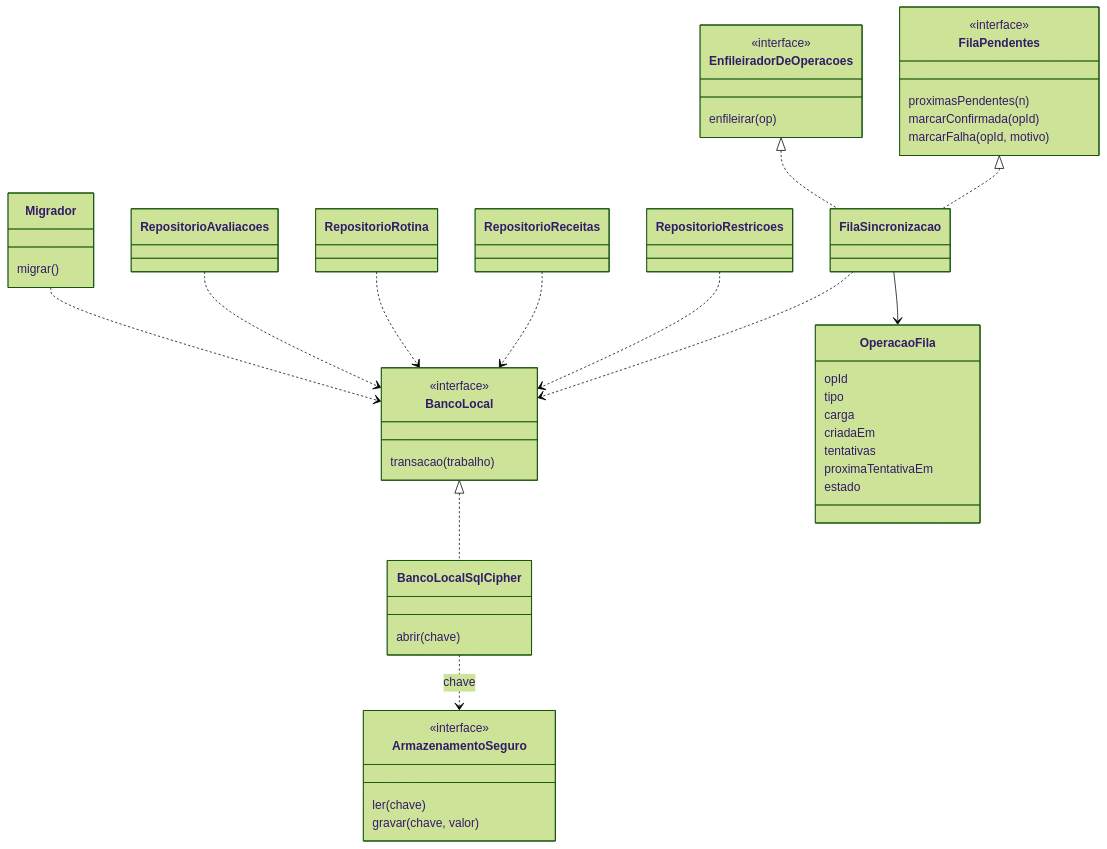
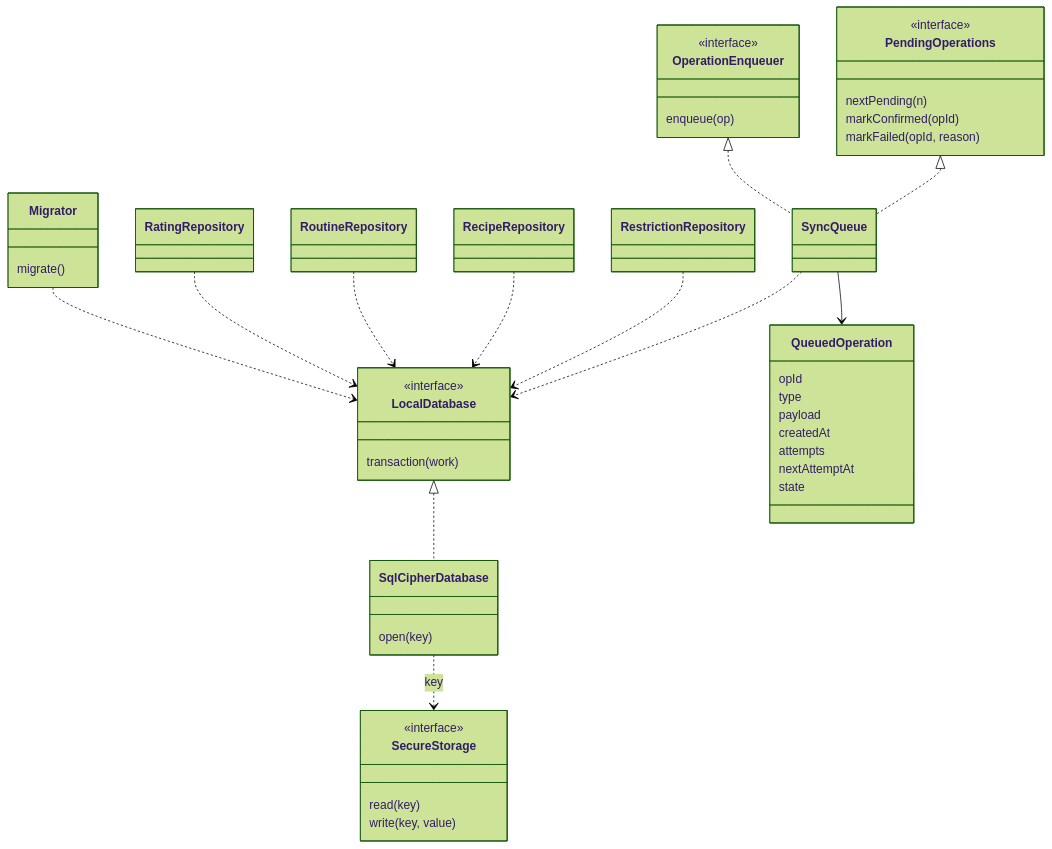
One commit to AnnyFilgueiras/projeto_tsi changed the eighth of 11 diagrams in docs/fase2/2.6-diagramas_fluxos_contratos/diagrama-classes.md. Above: the diagram before and after it, drawn with Mermaid (forest theme). The commit also changed other lines of this file and 4 other files, not shown here.

Commit message:
docs: update class diagram and sequences to v1.1 (English identifiers, Tx)

````diff
--- a/docs/fase2/2.6-diagramas_fluxos_contratos/diagrama-classes.md
+++ b/docs/fase2/2.6-diagramas_fluxos_contratos/diagrama-classes.md
@@ -462,53 +480,53 @@
 ```mermaid
 classDiagram
-  class BancoLocal {
+  class LocalDatabase {
     <<interface>>
-    transacao(trabalho)
+    transaction(work)
   }
-  class BancoLocalSqlCipher {
-    abrir(chave)
+  class SqlCipherDatabase {
+    open(key)
   }
-  class Migrador {
-    migrar()
+  class Migrator {
+    migrate()
   }
-  class ArmazenamentoSeguro {
+  class SecureStorage {
     <<interface>>
-    ler(chave)
-    gravar(chave, valor)
+    read(key)
+    write(key, value)
   }
-  class RepositorioAvaliacoes
-  class RepositorioRotina
-  class RepositorioReceitas
-  class RepositorioRestricoes
-  class EnfileiradorDeOperacoes {
+  class RatingRepository
+  class RoutineRepository
+  class RecipeRepository
+  class RestrictionRepository
+  class OperationEnqueuer {
     <<interface>>
-    enfileirar(op)
+    enqueue(op)
   }
-  class FilaPendentes {
+  class PendingOperations {
     <<interface>>
-    proximasPendentes(n)
-    marcarConfirmada(opId)
-    marcarFalha(opId, motivo)
+    nextPending(n)
+    markConfirmed(opId)
+    markFailed(opId, reason)
   }
-  class FilaSincronizacao
-  class OperacaoFila {
+  class SyncQueue
+  class QueuedOperation {
     opId
-    tipo
-    carga
-    criadaEm
-    tentativas
-    proximaTentativaEm
-    estado
+    type
+    payload
+    createdAt
+    attempts
+    nextAttemptAt
+    state
   }
-  BancoLocal <|.. BancoLocalSqlCipher
-  BancoLocalSqlCipher ..> ArmazenamentoSeguro : chave
-  Migrador ..> BancoLocal
-  RepositorioAvaliacoes ..> BancoLocal
-  RepositorioRotina ..> BancoLocal
-  RepositorioReceitas ..> BancoLocal
-  RepositorioRestricoes ..> BancoLocal
-  EnfileiradorDeOperacoes <|.. FilaSincronizacao
-  FilaPendentes <|.. FilaSincronizacao
-  FilaSincronizacao ..> BancoLocal
-  FilaSincronizacao --> OperacaoFila
+  LocalDatabase <|.. SqlCipherDatabase
+  SqlCipherDatabase ..> SecureStorage : key
+  Migrator ..> LocalDatabase
+  RatingRepository ..> LocalDatabase
+  RoutineRepository ..> LocalDatabase
+  RecipeRepository ..> LocalDatabase
+  RestrictionRepository ..> LocalDatabase
+  OperationEnqueuer <|.. SyncQueue
+  PendingOperations <|.. SyncQueue
+  SyncQueue ..> LocalDatabase
+  SyncQueue --> QueuedOperation
 ```
````
